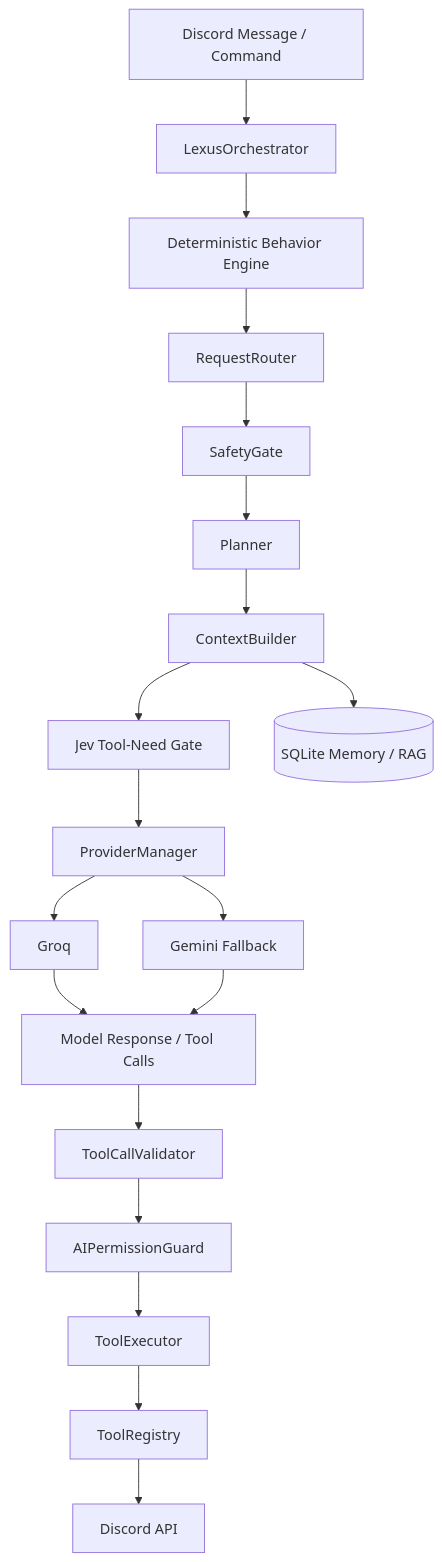
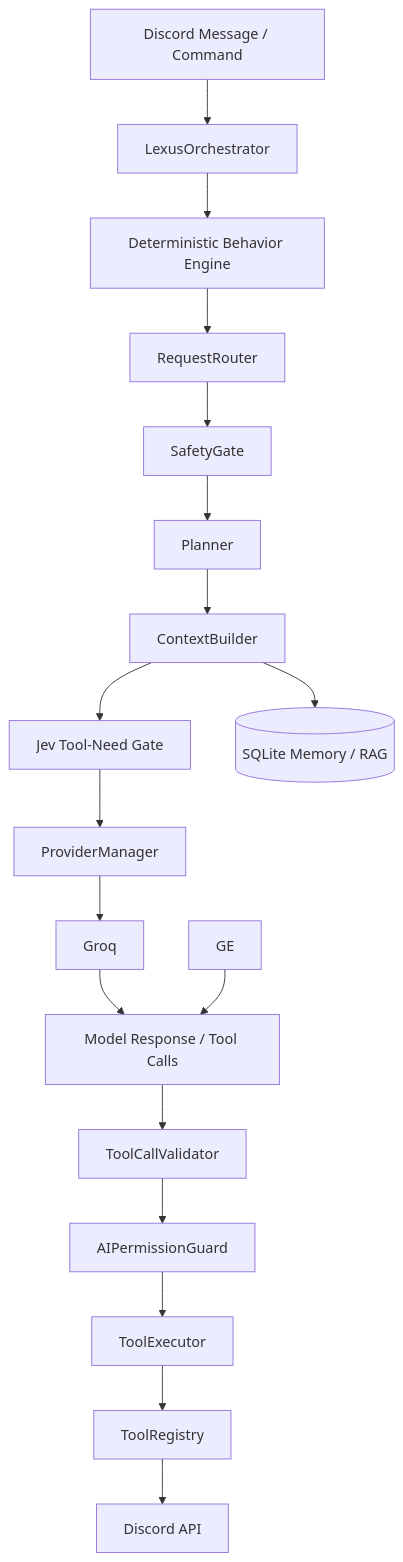
Before and after one commit to krishna3251/lexus_dc: the second of 3 diagrams in docs/LEXUS_DOCUMENTATION.md, drawn with Mermaid. The commit also changed other lines of this file, not shown here.

Commit message:
docs: update Lexus architecture after Gemini removal

````diff
--- a/docs/LEXUS_DOCUMENTATION.md
+++ b/docs/LEXUS_DOCUMENTATION.md
@@ -103,21 +103,20 @@
 ```mermaid
 flowchart TD
     U[Discord Message / Command] --> O[LexusOrchestrator]
     O --> B[Deterministic Behavior Engine]
     B --> R[RequestRouter]
     R --> G[SafetyGate]
     G --> PL[Planner]
     PL --> CT[ContextBuilder]
     CT --> JG[Jev Tool-Need Gate]
     JG --> PM[ProviderManager]
     PM --> GR[Groq]
-    PM --> GE[Gemini Fallback]
     GR --> T[Model Response / Tool Calls]
     GE --> T
     T --> V[ToolCallValidator]
     V --> PG[AIPermissionGuard]
     PG --> E[ToolExecutor]
     E --> TR[ToolRegistry]
     TR --> DA[Discord API]
     CT --> MEM[(SQLite Memory / RAG)]
 ```
````
